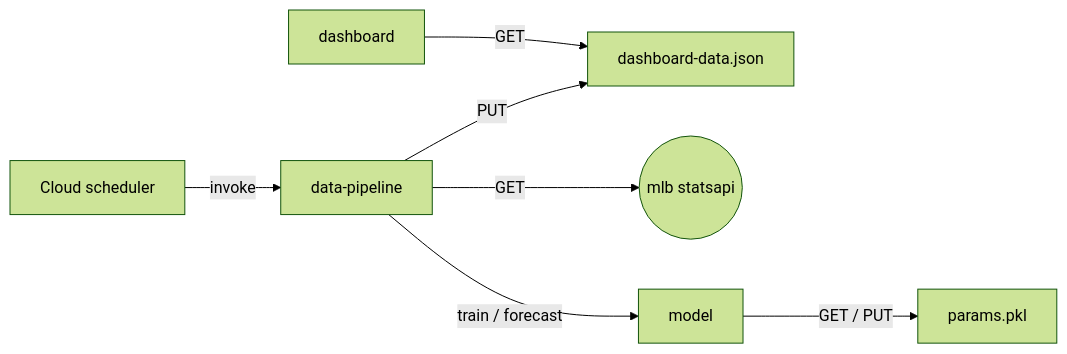
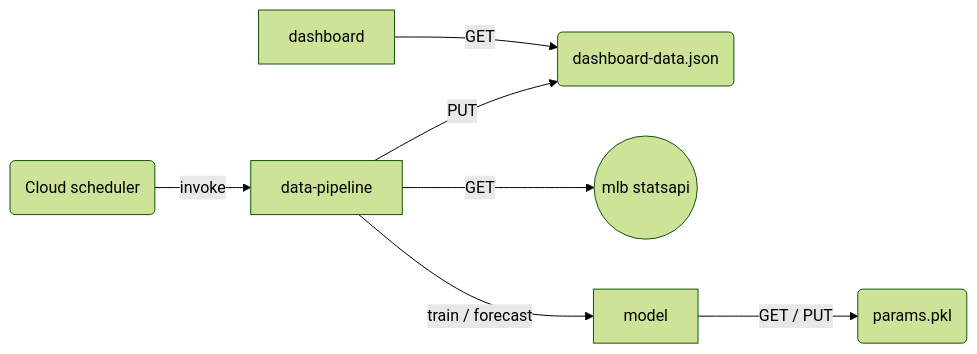
Before and after one commit to lanejere5/mlb: the diagram in README.md, drawn with Mermaid (forest theme).

````diff
--- a/README.md
+++ b/README.md
@@ -16,9 +16,9 @@
 ```mermaid
   graph LR
-    A[dashboard] -- GET --> B[dashboard-data.json]
+    A[dashboard] -- GET --> B(dashboard-data.json)
     C[data-pipeline] -- PUT --> B
     C -- GET --> D((mlb statsapi))
     C -- train / forecast --> E[model]
-    E -- GET / PUT --> F[params.pkl]
-    G[Cloud scheduler] -- invoke --> C
+    E -- GET / PUT --> F(params.pkl)
+    G(Cloud scheduler) -- invoke --> C
 ```
````
